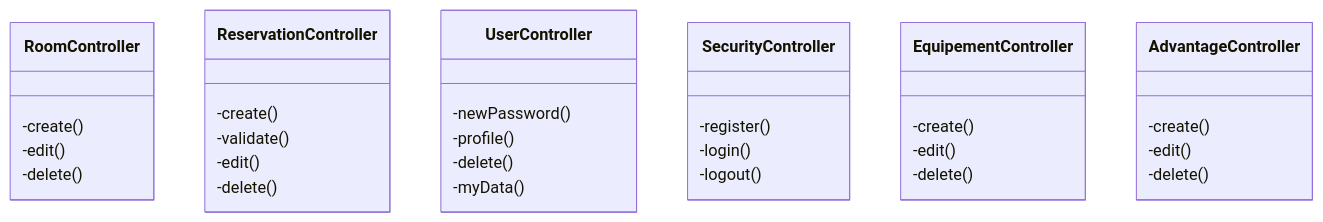
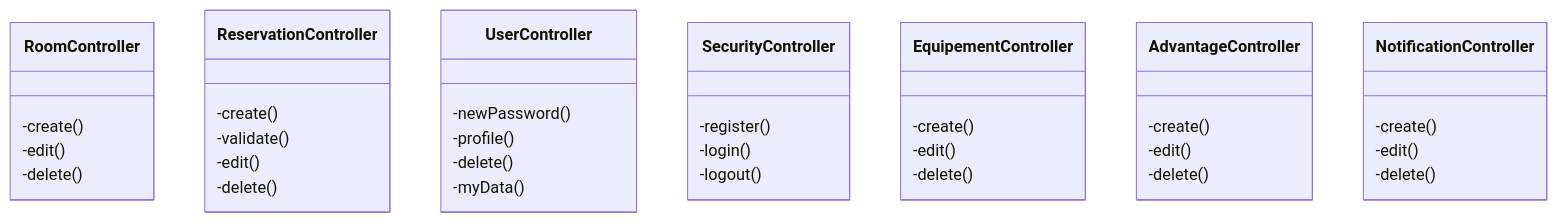
The second of 3 diagrams in prodDocs/ClassDiagram.md (Conchero/ecf-back), drawn with Mermaid before and after one commit. The commit also changed other lines of this file and 6 other files, not shown here.

````diff
--- a/prodDocs/ClassDiagram.md
+++ b/prodDocs/ClassDiagram.md
@@ -97,43 +98,49 @@
 ```mermaid
 
 classDiagram
 
 class RoomController{
     -create()
     -edit()
     -delete()
 }
 
 class ReservationController{
     -create()
     -validate()
     -edit()
     -delete()
 }
 
 class UserController{
     -newPassword()
     -profile()
     -delete()
     -myData()
 }
 
 class SecurityController{
     -register()
     -login()
     -logout()
 }
 
 class EquipementController{
     -create()
     -edit()
     -delete()
 }
 
 class AdvantageController{
     -create()
     -edit()
     -delete()
 }
 
+class NotificationController{
+    -create()
+    -edit()
+    -delete()
+}
+
 ```
````
